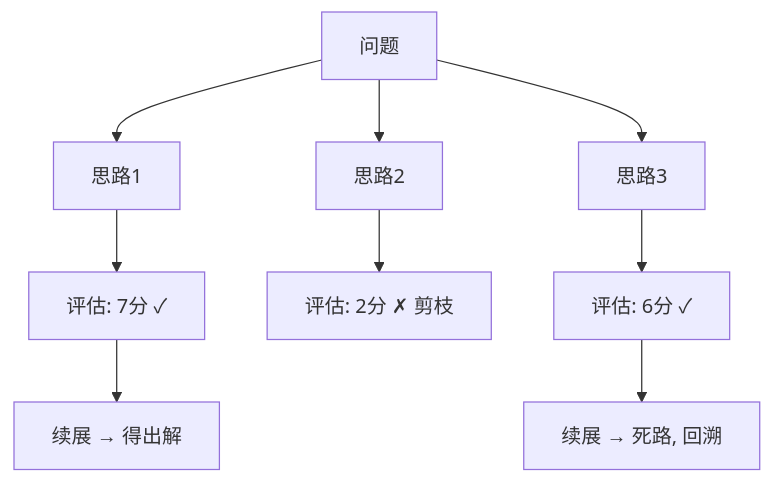
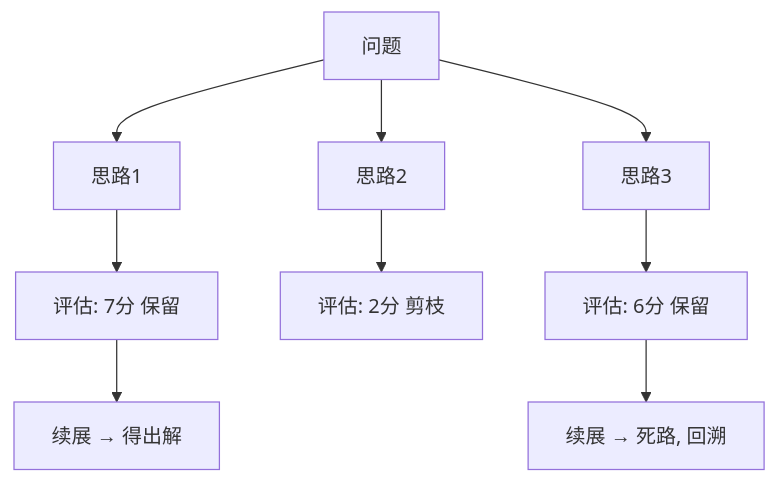
One commit to funny8kids/ai-agent-handbook changed the diagram in docs/04-prompt-reasoning/tree-of-thoughts.md. Above: the diagram before and after it, drawn with Mermaid. The commit also changed other lines of this file and 149 other files, not shown here.

````diff
--- a/docs/04-prompt-reasoning/tree-of-thoughts.md
+++ b/docs/04-prompt-reasoning/tree-of-thoughts.md
@@ -23,11 +62,11 @@
 ```mermaid
 flowchart TD
   A[问题] --> B[思路1]
   A --> C[思路2]
   A --> D[思路3]
-  B --> E[评估: 7分 ✓]
-  C --> F[评估: 2分 ✗ 剪枝]
-  D --> G[评估: 6分 ✓]
+  B --> E[评估: 7分 保留]
+  C --> F[评估: 2分 剪枝]
+  D --> G[评估: 6分 保留]
   E --> H[续展 → 得出解]
   G --> I[续展 → 死路, 回溯]
 ```
````
